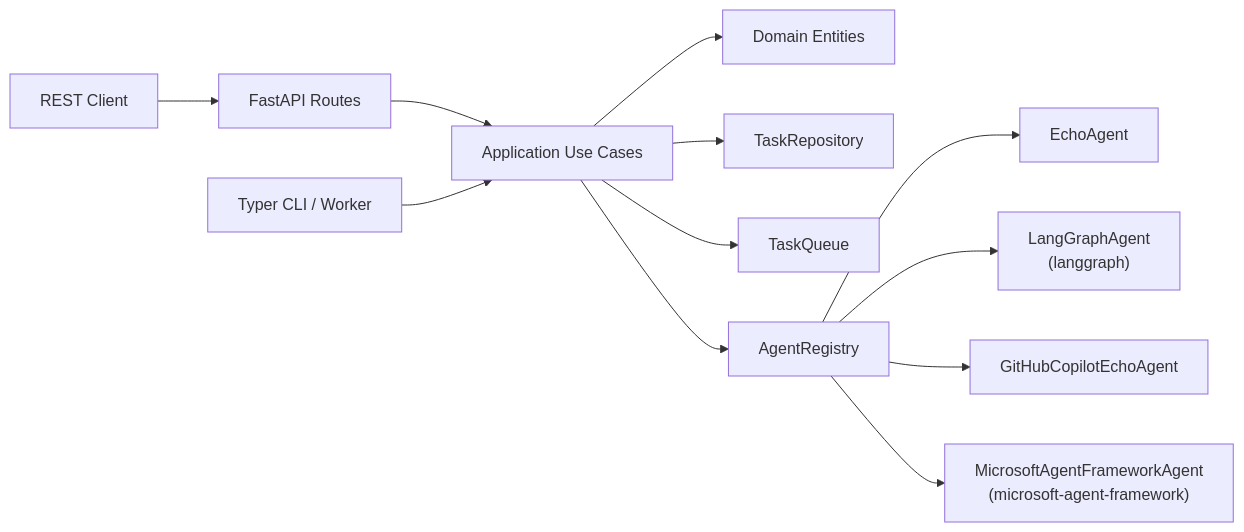
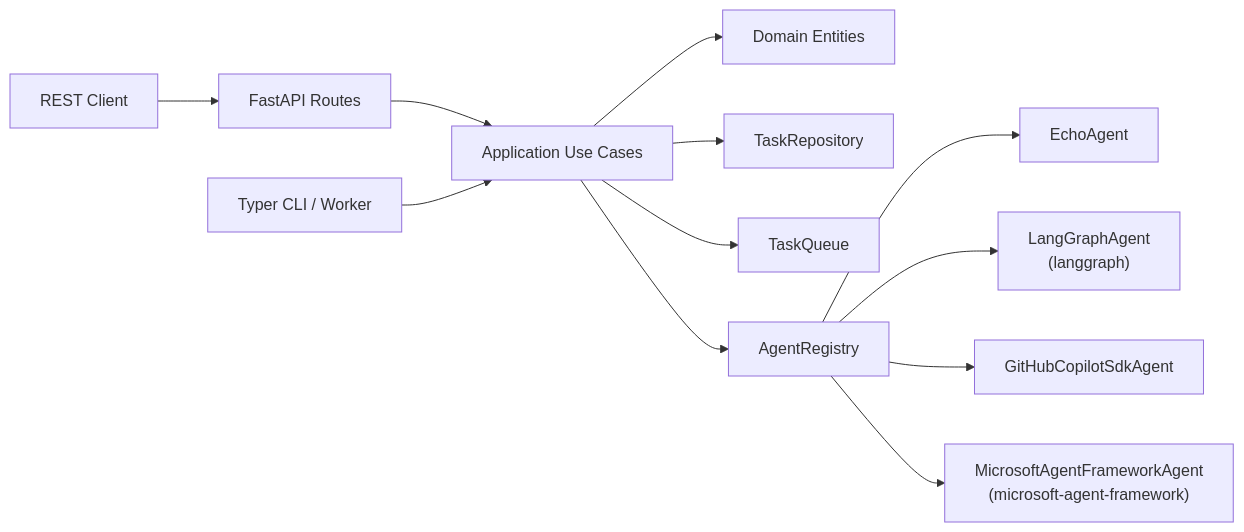
The first of 2 diagrams in docs/cloud_agent/index.md (ks6088ts-labs/concierge), drawn with Mermaid before and after one commit. The commit also changed other lines of this file and 26 other files, not shown here.

First line of the commit message:
refactor: rename GitHub Copilot Echo agent to GitHub Copilot SDK agent

````diff
--- a/docs/cloud_agent/index.md
+++ b/docs/cloud_agent/index.md
@@ -13,14 +13,14 @@
 ```mermaid
 flowchart LR
     Client[REST Client] --> Web[FastAPI Routes]
     Web --> UC[Application Use Cases]
     CLI[Typer CLI / Worker] --> UC
     UC --> Domain[Domain Entities]
     UC --> Repo[TaskRepository]
     UC --> Queue[TaskQueue]
     UC --> Registry[AgentRegistry]
     Registry --> Echo[EchoAgent]
     Registry --> LG["LangGraphAgent\n(langgraph)"]
-    Registry --> GCE[GitHubCopilotEchoAgent]
+    Registry --> GCE[GitHubCopilotSdkAgent]
     Registry --> MAF["MicrosoftAgentFrameworkAgent\n(microsoft-agent-framework)"]
 ```
````
